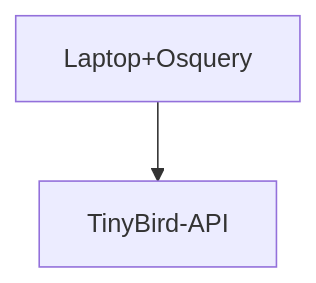
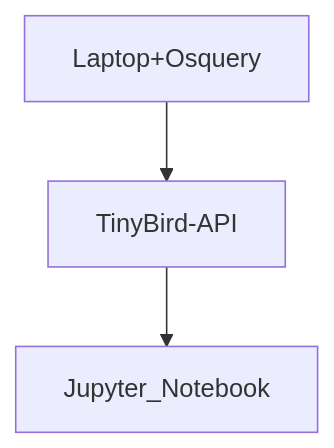
The diagram in README.md (hdulay/tinybird-learn), drawn with Mermaid before and after one commit. The commit also changed other lines of this file and 1 other file, not shown here.

````diff
--- a/README.md
+++ b/README.md
@@ -3,6 +7,6 @@
 ```mermaid
 flowchart TD;
 
-Laptop+Osquery-->TinyBird-API
+Laptop+Osquery-->TinyBird-API-->Jupyter_Notebook
 
 ```
````
